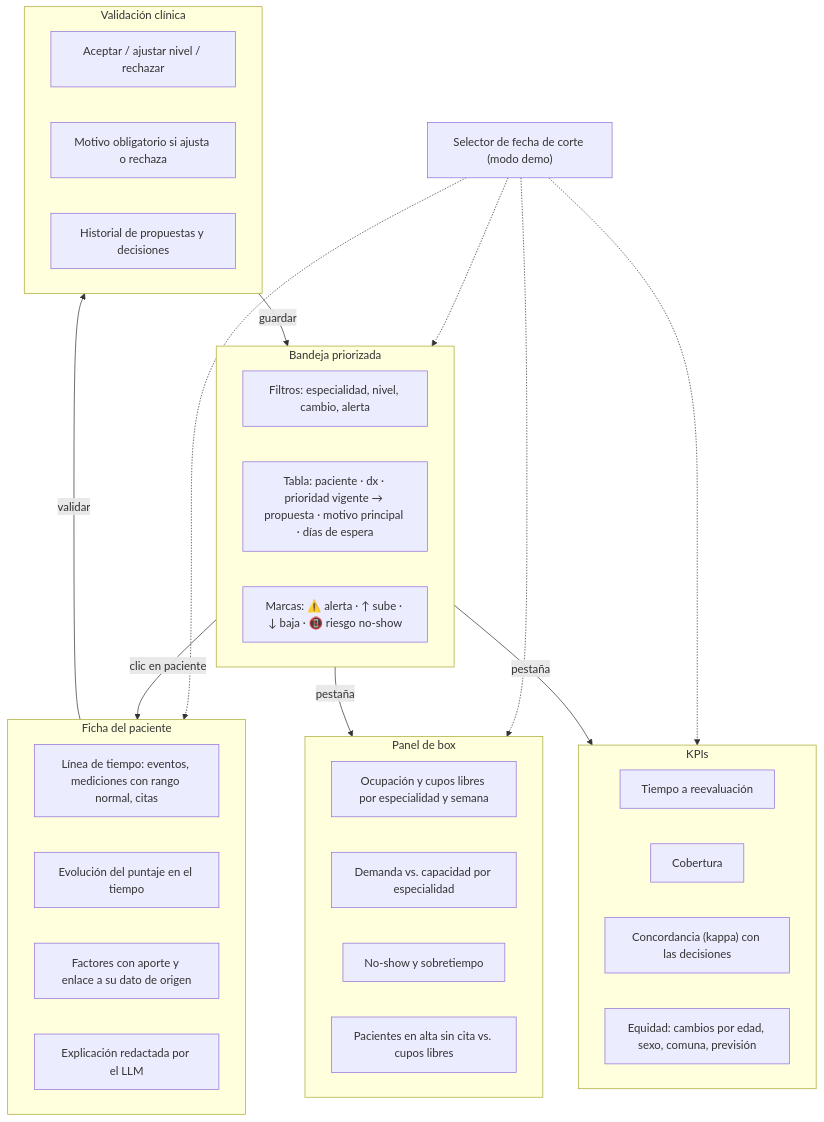
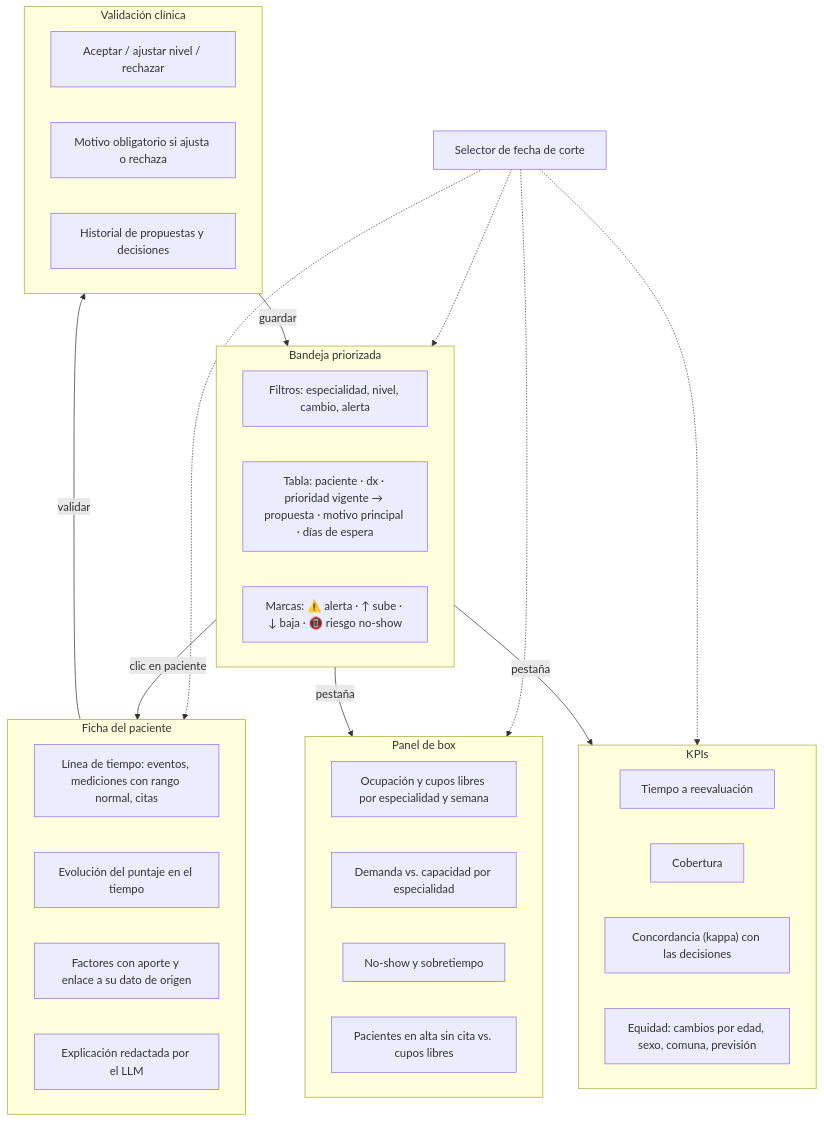
One commit to patricioespinozaa/AWS-G12 changed the seventh of 7 diagrams in docs/arquitectura.md. Above: the diagram before and after it, drawn with Mermaid. The commit also changed 57 other files, not shown here.

````diff
--- a/docs/arquitectura.md
+++ b/docs/arquitectura.md
@@ -375,42 +375,42 @@
 ```mermaid
 flowchart TB
     subgraph B["Bandeja priorizada"]
         B1["Filtros: especialidad, nivel, cambio, alerta"]
         B2["Tabla: paciente · dx · prioridad vigente → propuesta · motivo principal · días de espera"]
         B3["Marcas: ⚠️ alerta · ↑ sube · ↓ baja · 📵 riesgo no-show"]
     end
 
     subgraph P["Ficha del paciente"]
         P1["Línea de tiempo: eventos, mediciones con rango normal, citas"]
         P2["Evolución del puntaje en el tiempo"]
         P3["Factores con aporte y enlace a su dato de origen"]
         P4["Explicación redactada por el LLM"]
     end
 
     subgraph D["Validación clínica"]
         D1["Aceptar / ajustar nivel / rechazar"]
         D2["Motivo obligatorio si ajusta o rechaza"]
         D3["Historial de propuestas y decisiones"]
     end
 
     subgraph X["Panel de box"]
         X1["Ocupación y cupos libres por especialidad y semana"]
         X2["Demanda vs. capacidad por especialidad"]
         X3["No-show y sobretiempo"]
         X4["Pacientes en alta sin cita vs. cupos libres"]
     end
 
     subgraph K["KPIs"]
         K1["Tiempo a reevaluación"]
         K2["Cobertura"]
         K3["Concordancia (kappa) con las decisiones"]
         K4["Equidad: cambios por edad, sexo, comuna, previsión"]
     end
 
-    S["Selector de fecha de corte (modo demo)"] -.-> B & P & X & K
+    S["Selector de fecha de corte"] -.-> B & P & X & K
     B -- "clic en paciente" --> P
     P -- "validar" --> D
     D -- "guardar" --> B
     B -- "pestaña" --> X
     B -- "pestaña" --> K
 ```
````
